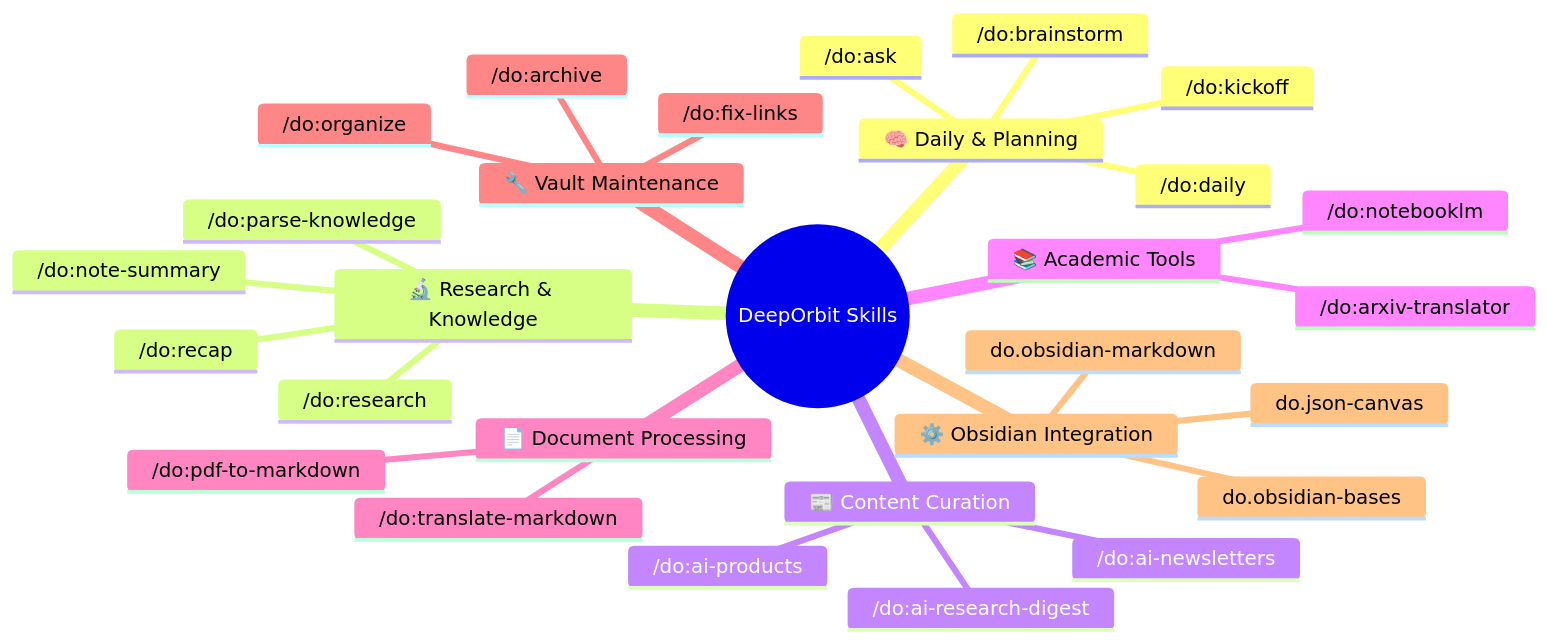
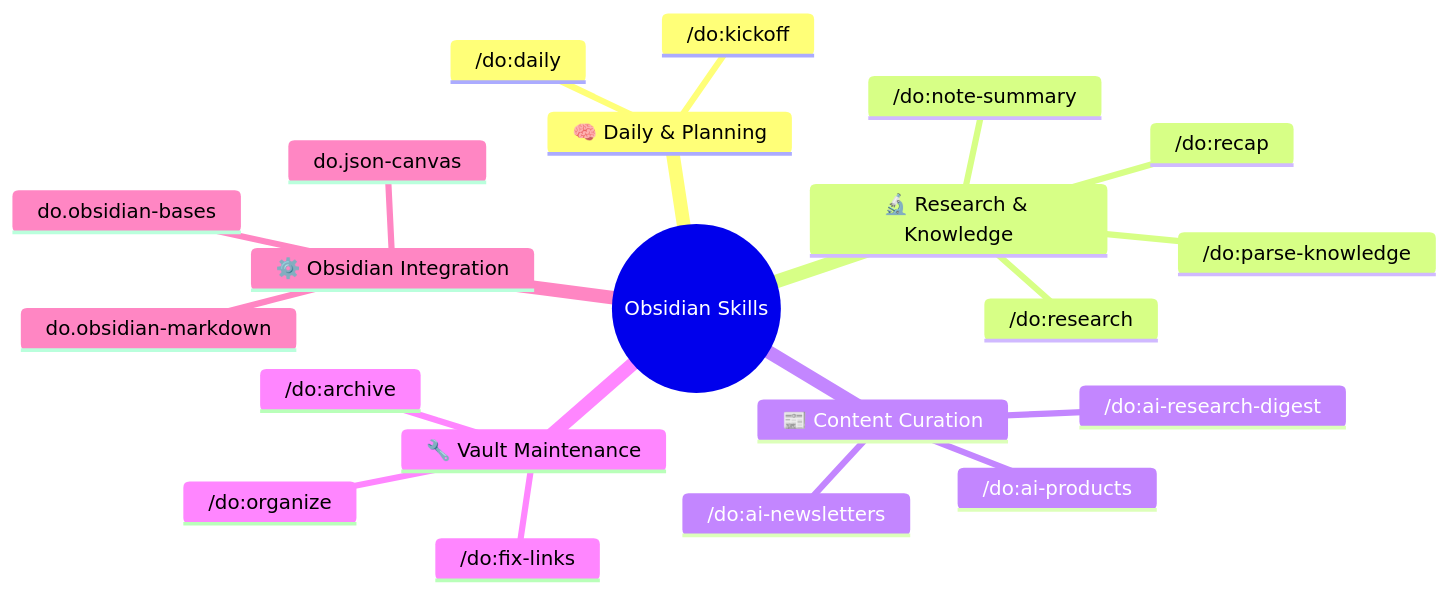
The fourth of 7 diagrams in README.md (dull-bird/DeepOrbit), drawn with Mermaid before and after one commit. The commit also changed other lines of this file and 2 other files, not shown here.

Commit message:
docs: Categorize skills into Universal and Obsidian groups in READMEs and add a new rule for skill and command documentation synchronization.

````diff
--- a/README.md
+++ b/README.md
@@ -109,32 +133,24 @@
 ```mermaid
 mindmap
-  root((DeepOrbit Skills))
+  root((Obsidian Skills))
     🧠 Daily & Planning
       /do:daily
       /do:kickoff
-      /do:brainstorm
-      /do:ask
     🔬 Research & Knowledge
       /do:research
       /do:parse-knowledge
       /do:note-summary
       /do:recap
     📰 Content Curation
       /do:ai-newsletters
       /do:ai-products
       /do:ai-research-digest
-    📚 Academic Tools
-      /do:arxiv-translator
-      /do:notebooklm
-    📄 Document Processing
-      /do:pdf-to-markdown
-      /do:translate-markdown
     🔧 Vault Maintenance
       /do:fix-links
       /do:archive
       /do:organize
     ⚙️ Obsidian Integration
       do.obsidian-markdown
       do.obsidian-bases
       do.json-canvas
 ```
````
